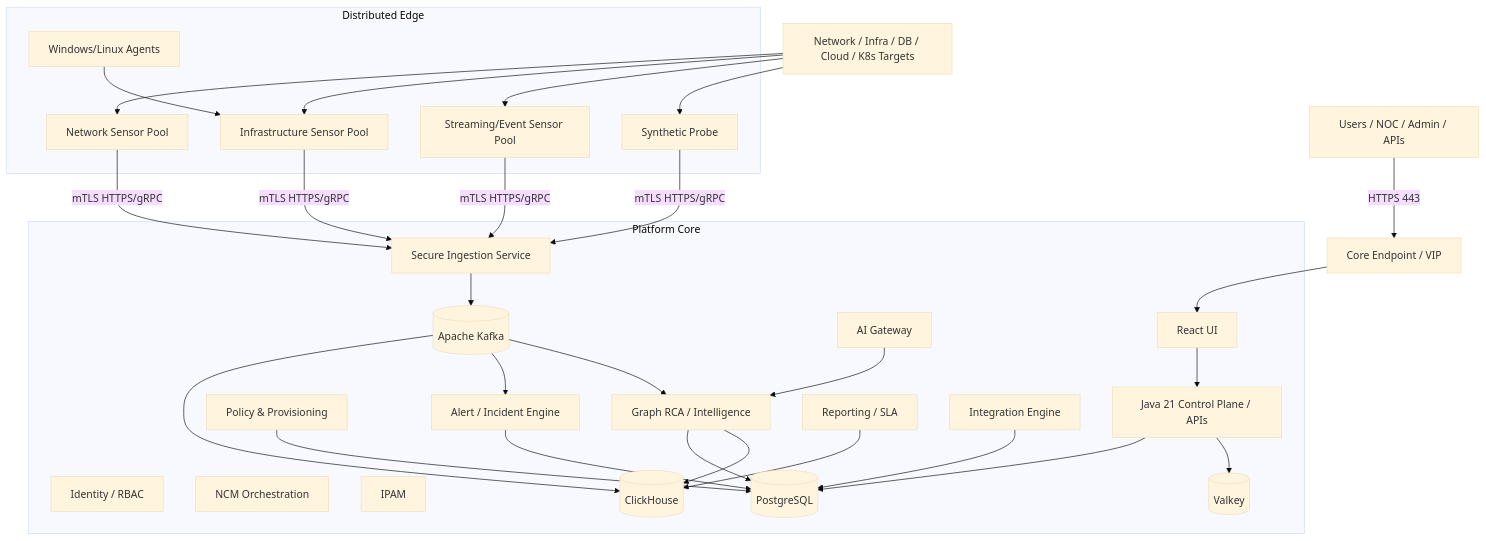
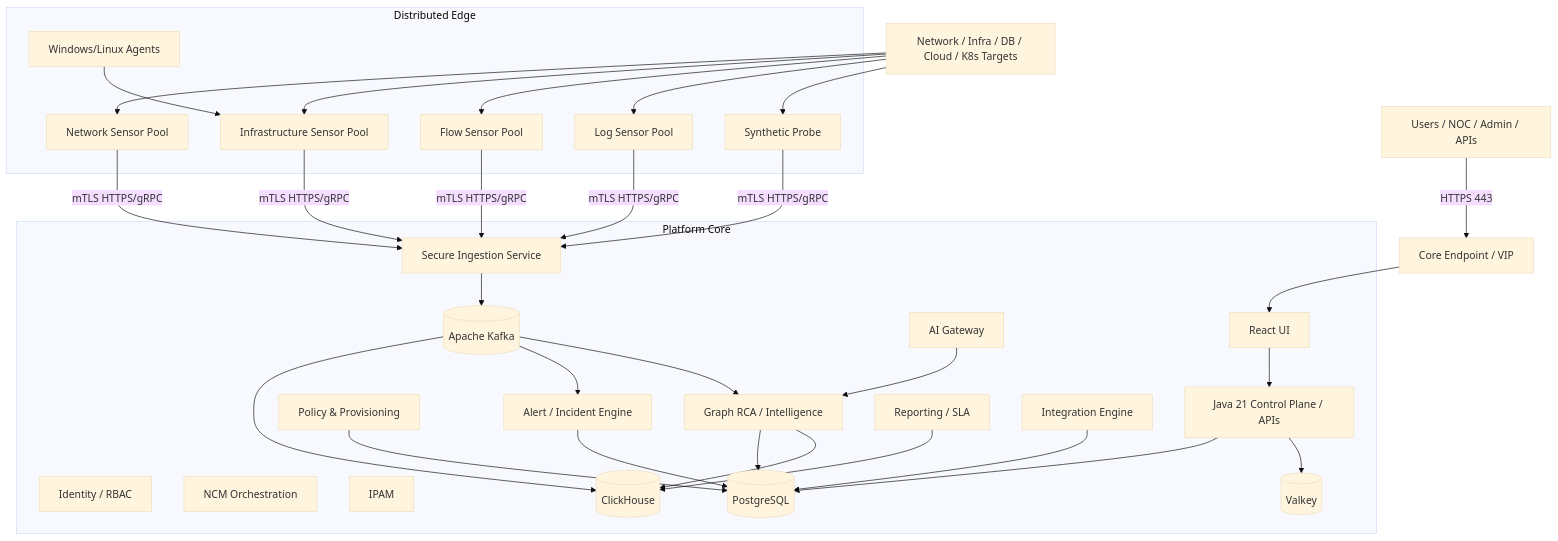
The first of 10 diagrams in project_documentation/Platform_03_Architecture.md (gagandsm-max/platform), drawn with Mermaid (base theme) before and after one commit. The commit also changed other lines of this file, not shown here.

Commit message:
docs: define dedicated Flow Sensor and enrichment architecture

````diff
--- a/project_documentation/Platform_03_Architecture.md
+++ b/project_documentation/Platform_03_Architecture.md
@@ -61,58 +61,61 @@
 ```mermaid
 flowchart TB
     U[Users / NOC / Admin / APIs] -->|HTTPS 443| CE[Core Endpoint / VIP]
 
     subgraph CORE[Platform Core]
       UI[React UI]
       API[Java 21 Control Plane / APIs]
       ING[Secure Ingestion Service]
       POL[Policy & Provisioning]
       IAM[Identity / RBAC]
       ALT[Alert / Incident Engine]
       RCA[Graph RCA / Intelligence]
       RPT[Reporting / SLA]
       INT[Integration Engine]
       NCM[NCM Orchestration]
       IPAM[IPAM]
       AI[AI Gateway]
       PG[(PostgreSQL)]
       CH[(ClickHouse)]
       K[(Apache Kafka)]
       V[(Valkey)]
     end
 
     CE --> UI
     UI --> API
     API --> PG
     API --> V
     ING --> K
     K --> CH
     K --> ALT
     K --> RCA
     POL --> PG
     ALT --> PG
     RCA --> PG
     RCA --> CH
     RPT --> CH
     INT --> PG
     AI --> RCA
 
     subgraph EDGE[Distributed Edge]
       NS[Network Sensor Pool]
       IS[Infrastructure Sensor Pool]
-      SS[Streaming/Event Sensor Pool]
+      FS[Flow Sensor Pool]
+      LS[Log Sensor Pool]
       SP[Synthetic Probe]
       AG[Windows/Linux Agents]
     end
 
     NS -->|mTLS HTTPS/gRPC| ING
     IS -->|mTLS HTTPS/gRPC| ING
-    SS -->|mTLS HTTPS/gRPC| ING
+    FS -->|mTLS HTTPS/gRPC| ING
+    LS -->|mTLS HTTPS/gRPC| ING
     SP -->|mTLS HTTPS/gRPC| ING
     AG --> IS
 
     DEV[Network / Infra / DB / Cloud / K8s Targets] --> NS
     DEV --> IS
-    DEV --> SS
+    DEV --> FS
+    DEV --> LS
     DEV --> SP
 ```
````
